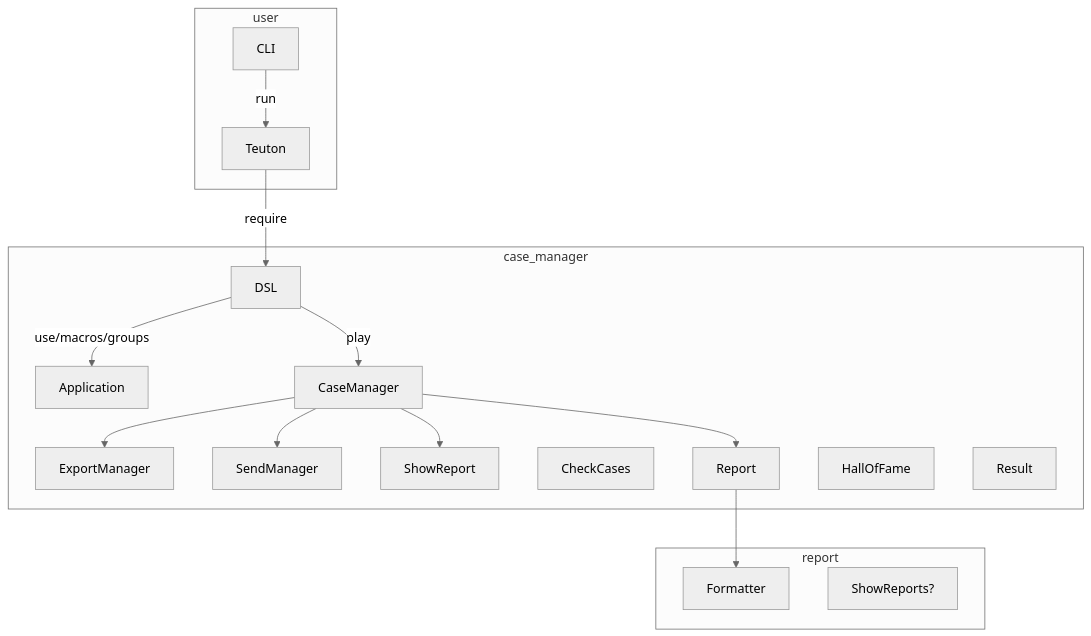
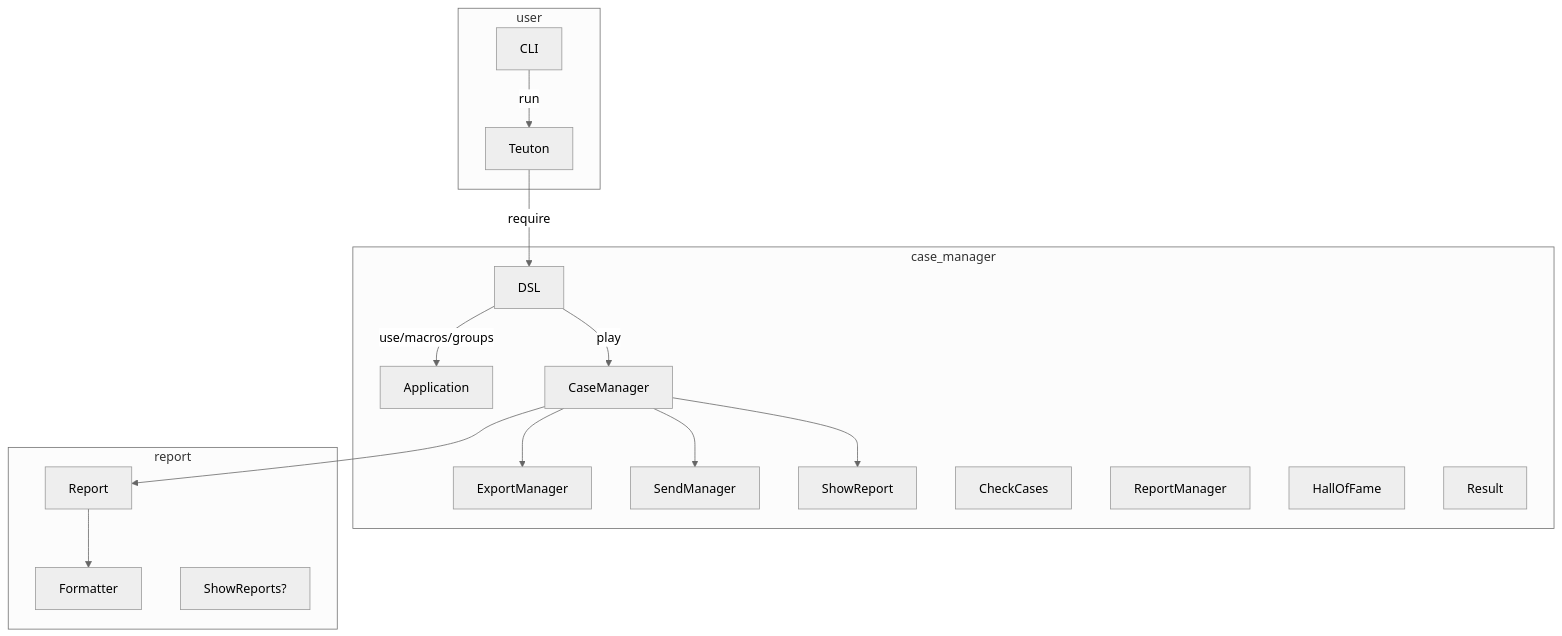
One commit to teuton-software/teuton changed the second of 2 diagrams in docs/diagram.md. Above: the diagram before and after it, drawn with Mermaid (neutral theme).

````diff
--- a/docs/diagram.md
+++ b/docs/diagram.md
@@ -43,27 +43,27 @@
 ```mermaid
 flowchart TB
 
 subgraph user
   CLI -- run --> Teuton
 end
 
 subgraph case_manager
   Teuton -- require --> DSL
   DSL -- use/macros/groups --> Application
   DSL -- play --> CaseManager
   CaseManager --> ExportManager
   CaseManager --> SendManager
   CaseManager --> ShowReport
   CheckCases
-  Report
+  ReportManager
   HallOfFame
   Result
 end
 
 subgraph report
   CaseManager --> Report
   Report --> Formatter
 
   ShowReports?
 end
 ```
````
